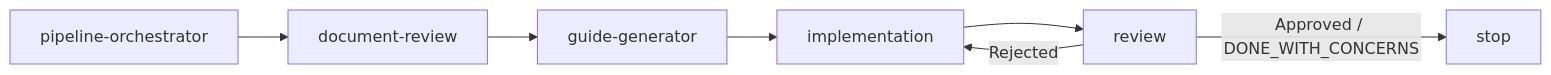
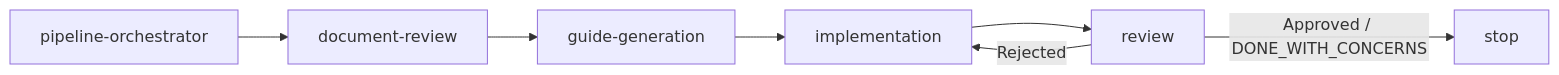
Before and after one commit to coreline-ai/android-subagent-skill: the diagram in README.md, drawn with Mermaid. The commit also changed other lines of this file and 53 other files, not shown here.

````diff
--- a/README.md
+++ b/README.md
@@ -40,9 +35,9 @@
 ```mermaid
 flowchart LR
     A[pipeline-orchestrator] --> B[document-review]
-    B --> C[guide-generator]
+    B --> C[guide-generation]
     C --> D[implementation]
     D --> E[review]
     E -- Approved / DONE_WITH_CONCERNS --> F[stop]
     E -- Rejected --> D
 ```
````
